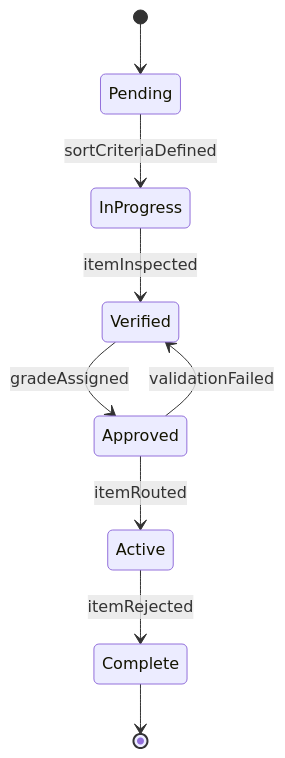
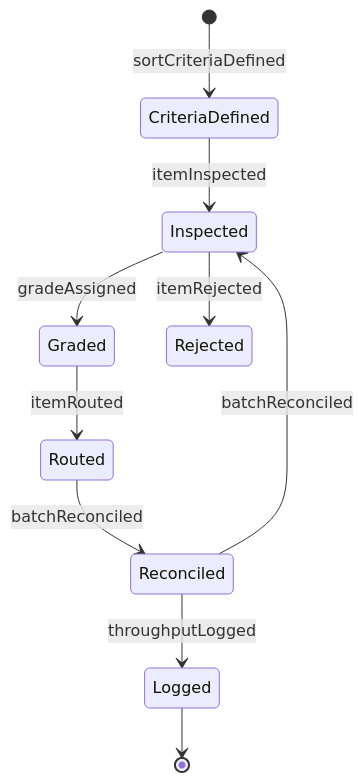
One commit to dot-org-ai/tasks.org.ai changed the second of 4 diagrams in HandlingAndMovingObjects/HandleBaggageOrCargo/SortClassifyMaterialsProducts.mdx. Above: the diagram before and after it, drawn with Mermaid. The commit also changed other lines of this file and 515 other files, not shown here.

````diff
--- a/HandlingAndMovingObjects/HandleBaggageOrCargo/SortClassifyMaterialsProducts.mdx
+++ b/HandlingAndMovingObjects/HandleBaggageOrCargo/SortClassifyMaterialsProducts.mdx
@@ -99,11 +100,12 @@
 ```mermaid
 stateDiagram-v2
-    [*] --> Pending
-    Pending --> InProgress : sortCriteriaDefined
-    InProgress --> Verified : itemInspected
-    Verified --> Approved : gradeAssigned
-    Approved --> Active : itemRouted
-    Active --> Complete : itemRejected
-    Approved --> Verified : validationFailed
-    Complete --> [*]
+    [*] --> CriteriaDefined : sortCriteriaDefined
+    CriteriaDefined --> Inspected : itemInspected
+    Inspected --> Graded : gradeAssigned
+    Graded --> Routed : itemRouted
+    Inspected --> Rejected : itemRejected
+    Routed --> Reconciled : batchReconciled
+    Reconciled --> Logged : throughputLogged
+    Reconciled --> Inspected : batchReconciled
+    Logged --> [*]
 ```
````
